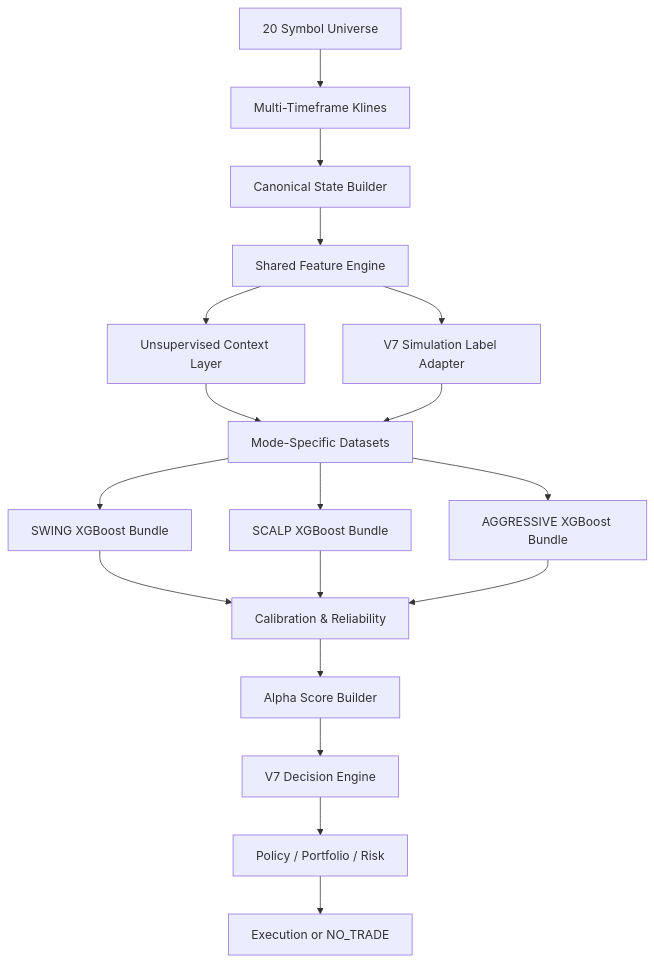
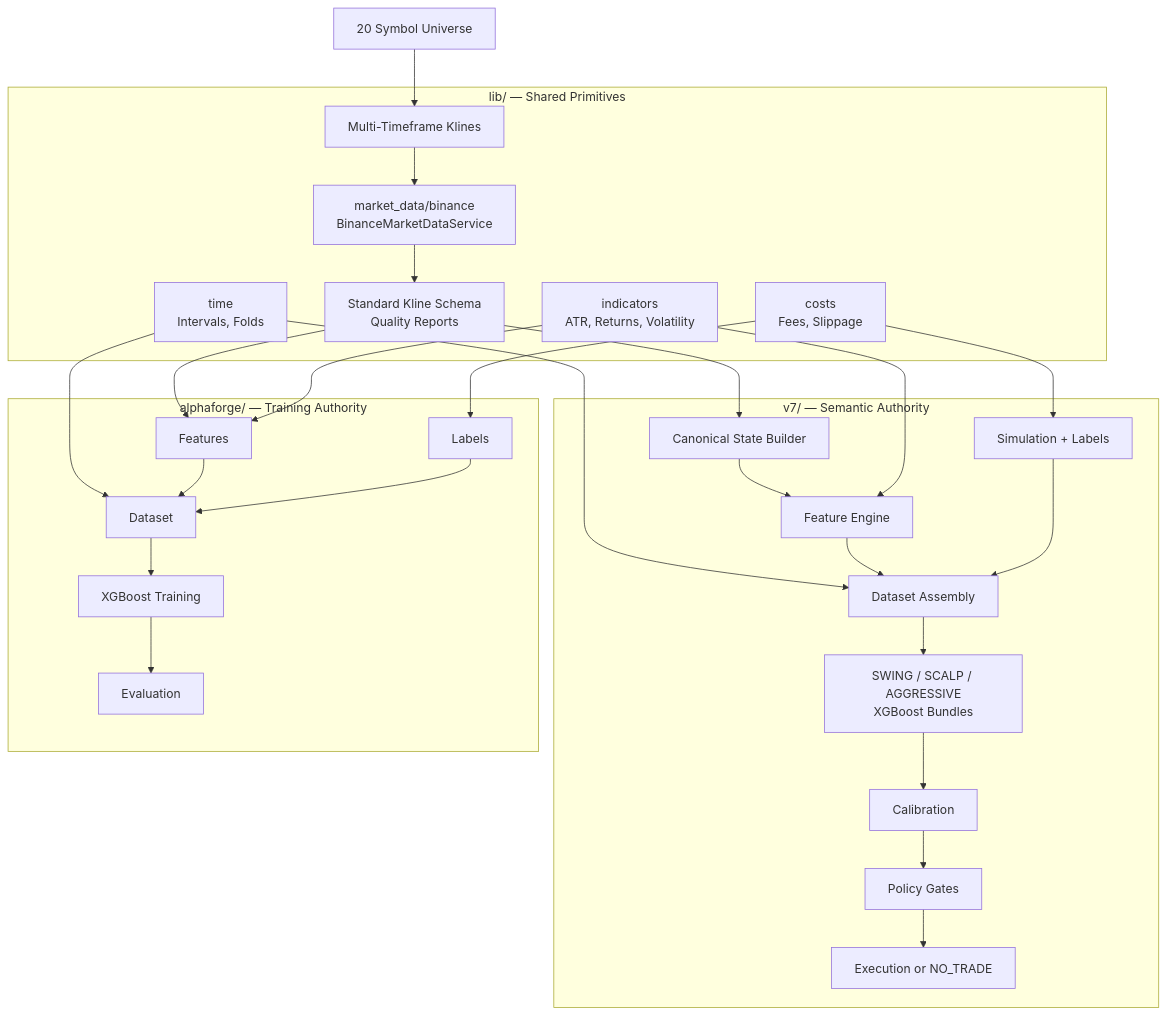
Before and after one commit to ddawnlll/v7-engine: the first of 2 diagrams in alphaforge/docs/diagrams/architecture_mermaid.md, drawn with Mermaid. The commit also changed 20 other files, not shown here.

````diff
--- a/alphaforge/docs/diagrams/architecture_mermaid.md
+++ b/alphaforge/docs/diagrams/architecture_mermaid.md
@@ -3,20 +3,38 @@
 ```mermaid
 flowchart TD
     A[20 Symbol Universe] --> B[Multi-Timeframe Klines]
-    B --> C[Canonical State Builder]
-    C --> D[Shared Feature Engine]
-    D --> E[Unsupervised Context Layer]
-    D --> F[V7 Simulation Label Adapter]
-    E --> G[Mode-Specific Datasets]
-    F --> G
-    G --> H1[SWING XGBoost Bundle]
-    G --> H2[SCALP XGBoost Bundle]
-    G --> H3[AGGRESSIVE XGBoost Bundle]
-    H1 --> I[Calibration & Reliability]
-    H2 --> I
-    H3 --> I
-    I --> J[Alpha Score Builder]
-    J --> K[V7 Decision Engine]
-    K --> L[Policy / Portfolio / Risk]
-    L --> M[Execution or NO_TRADE]
+    
+    subgraph LIB["lib/ — Shared Primitives"]
+        B --> MDS[market_data/binance\nBinanceMarketDataService]
+        MDS --> KS[Standard Kline Schema\nQuality Reports]
+        IND[indicators\nATR, Returns, Volatility]
+        COST[costs\nFees, Slippage]
+        TIME[time\nIntervals, Folds]
+    end
+
+    subgraph V7["v7/ — Semantic Authority"]
+        KS --> CS[Canonical State Builder]
+        CS --> FEAT[Feature Engine]
+        IND --> FEAT
+        COST --> SIM[Simulation + Labels]
+        TIME --> DS[Dataset Assembly]
+        FEAT --> DS
+        SIM --> DS
+        
+        DS --> MODELS[SWING / SCALP / AGGRESSIVE\nXGBoost Bundles]
+        MODELS --> CAL[Calibration]
+        CAL --> POLICY[Policy Gates]
+        POLICY --> EXEC[Execution or NO_TRADE]
+    end
+
+    subgraph AF["alphaforge/ — Training Authority"]
+        KS --> AF_FEAT[Features]
+        IND --> AF_FEAT
+        COST --> AF_LAB[Labels]
+        TIME --> AF_DS[Dataset]
+        AF_FEAT --> AF_DS
+        AF_LAB --> AF_DS
+        AF_DS --> AF_MODEL[XGBoost Training]
+        AF_MODEL --> AF_EVAL[Evaluation]
+    end
 ```
````
